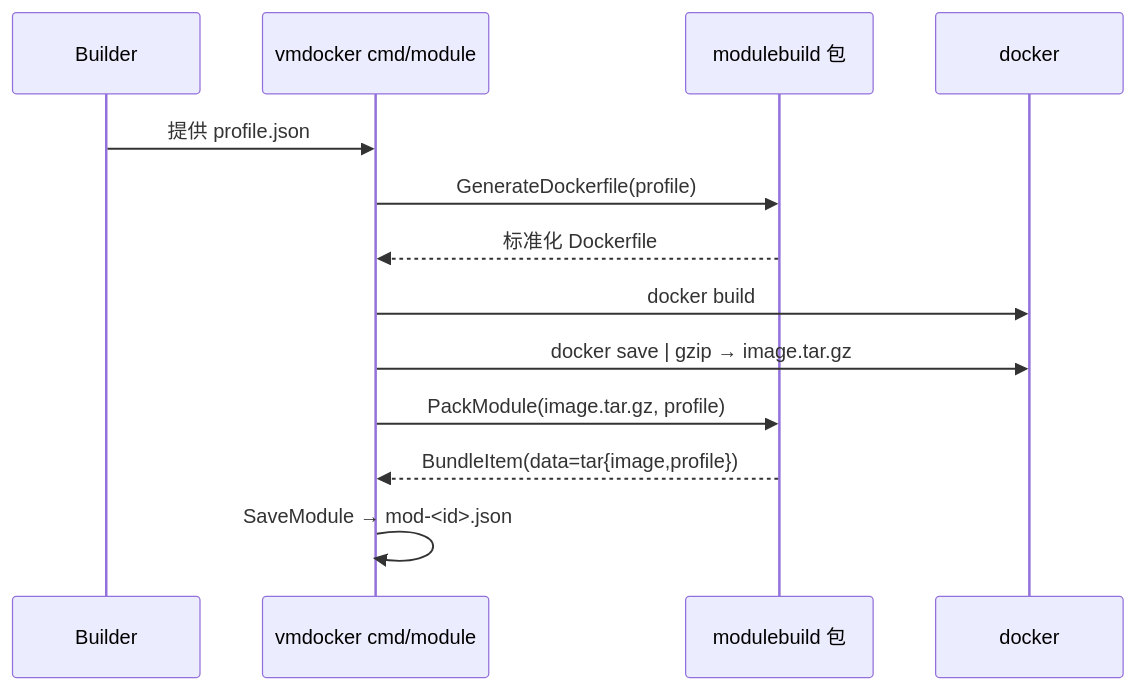
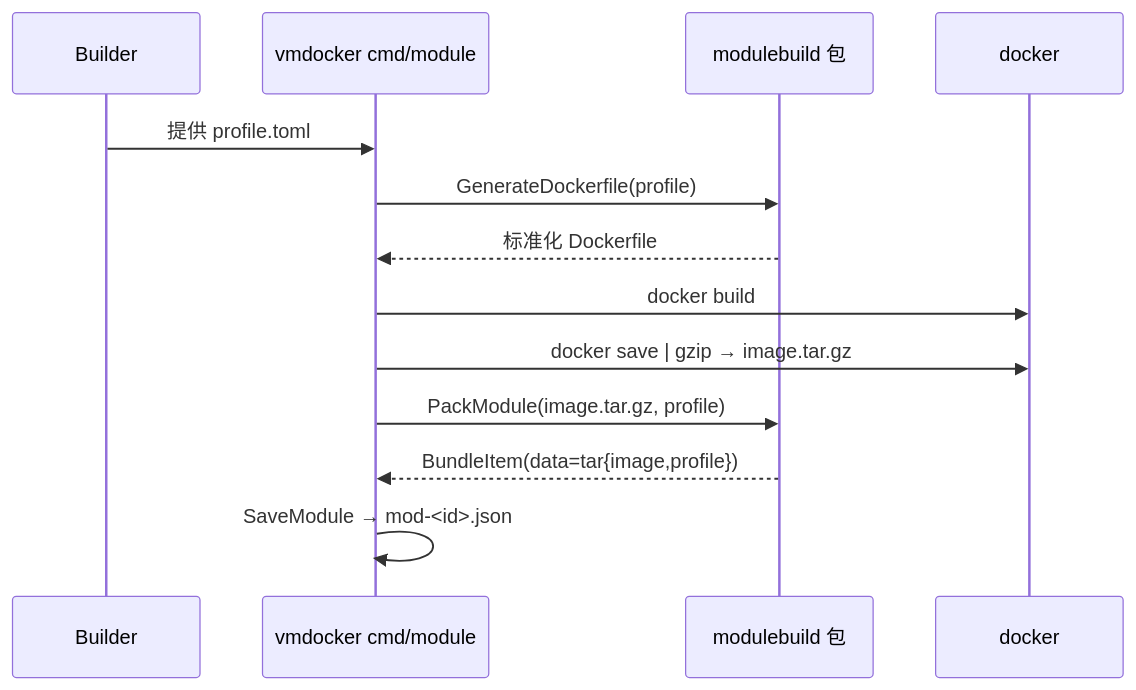
The second of 5 diagrams in docs/superpowers/specs/2026-06-16-vmdocker-capability-export-import-design.md (cryptowizard0/vmdocker_agent), drawn with Mermaid before and after one commit. The commit also changed other lines of this file, not shown here.

First line of the commit message:
Refine profile spec: TOML format, bin dir, public dirs-only

````diff
--- a/docs/superpowers/specs/2026-06-16-vmdocker-capability-export-import-design.md
+++ b/docs/superpowers/specs/2026-06-16-vmdocker-capability-export-import-design.md
@@ -208,16 +210,16 @@
 ```mermaid
 sequenceDiagram
     participant U as Builder
     participant CLI as vmdocker cmd/module
     participant MB as modulebuild 包
     participant D as docker
 
-    U->>CLI: 提供 profile.json
+    U->>CLI: 提供 profile.toml
     CLI->>MB: GenerateDockerfile(profile)
     MB-->>CLI: 标准化 Dockerfile
     CLI->>D: docker build
     CLI->>D: docker save | gzip → image.tar.gz
     CLI->>MB: PackModule(image.tar.gz, profile)
     MB-->>CLI: BundleItem(data=tar{image,profile})
     CLI->>CLI: SaveModule → mod-<id>.json
 ```
````
